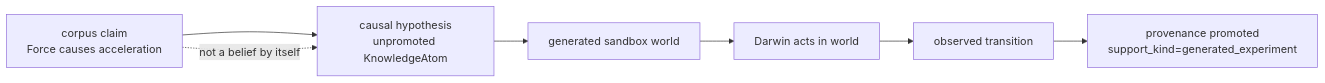
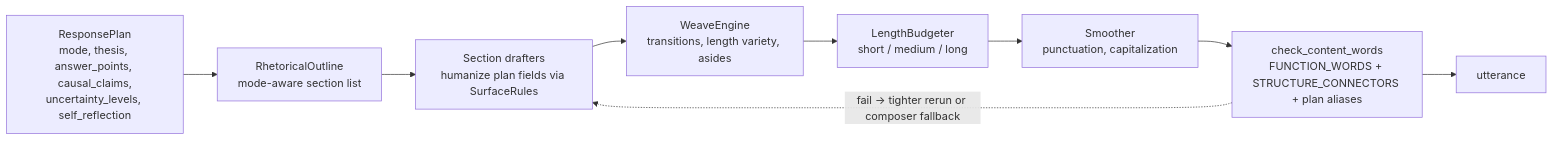
Before and after one commit to gh0st359/darwin: the diagram in docs/diagrams/readme-03.mmd, drawn with Mermaid. The commit also changed 11 other files, not shown here.

First line of the commit message:
Document v5 in README with flowcharts

```diff
--- a/docs/diagrams/readme-03.mmd
+++ b/docs/diagrams/readme-03.mmd
@@ -1,10 +1,12 @@
 flowchart LR
-    Claim["corpus claim<br/>Force causes acceleration"]
-    Hypothesis["causal hypothesis<br/>unpromoted KnowledgeAtom"]
-    World["generated sandbox world"]
-    Experiment["Darwin acts in world"]
-    Transition["observed transition"]
-    Promoted["provenance promoted<br/>support_kind=generated_experiment"]
+    Plan["ResponsePlan<br/>mode, thesis, answer_points, causal_claims,<br/>uncertainty_levels, self_reflection"]
+    Outline["RhetoricalOutline<br/>mode-aware section list"]
+    Draft["Section drafters<br/>humanize plan fields via SurfaceRules"]
+    Weave["WeaveEngine<br/>transitions, length variety, asides"]
+    Budget["LengthBudgeter<br/>short / medium / long"]
+    Smooth["Smoother<br/>punctuation, capitalization"]
+    Validator["check_content_words<br/>FUNCTION_WORDS + STRUCTURE_CONNECTORS + plan aliases"]
+    Output["utterance"]
 
-    Claim --> Hypothesis --> World --> Experiment --> Transition --> Promoted
-    Claim -. "not a belief by itself" .-> Hypothesis
+    Plan --> Outline --> Draft --> Weave --> Budget --> Smooth --> Validator --> Output
+    Validator -. "fail -> tighter rerun or composer fallback" .-> Draft
```
